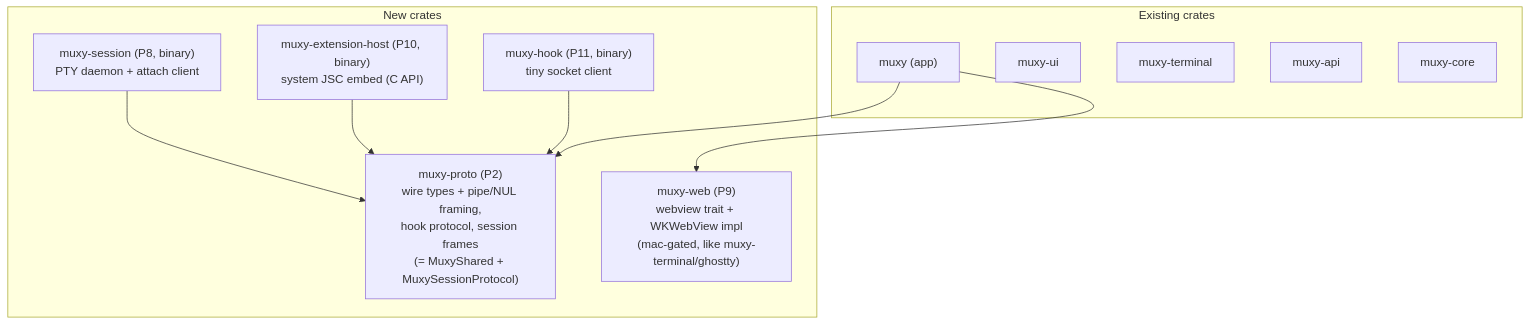
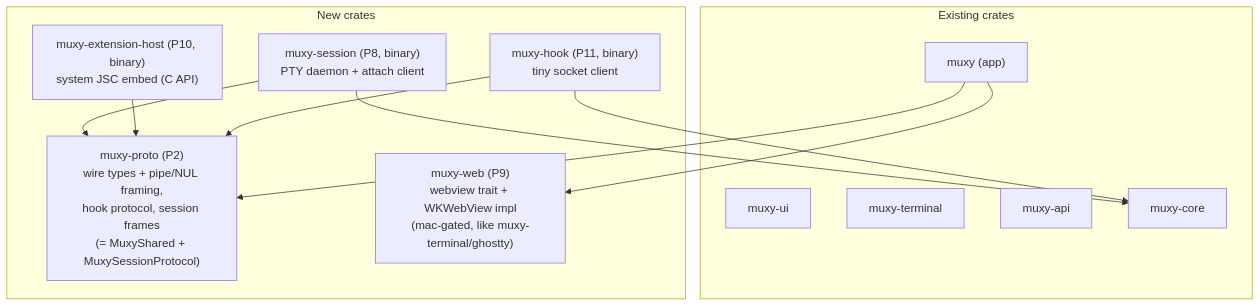
The third of 3 diagrams in PLAN.md (muxy-app/muxy), drawn with Mermaid before and after one commit. The commit also changed other lines of this file and 17 other files, not shown here.

````diff
--- a/PLAN.md
+++ b/PLAN.md
@@ -212,22 +212,24 @@
 ```mermaid
 flowchart TD
     subgraph existing["Existing crates"]
         muxy["muxy (app)"]
         ui["muxy-ui"]
         term["muxy-terminal"]
         api["muxy-api"]
         core["muxy-core"]
     end
     subgraph new["New crates"]
         proto["muxy-proto (P2)\nwire types + pipe/NUL framing,\nhook protocol, session frames\n(= MuxyShared + MuxySessionProtocol)"]
         session["muxy-session (P8, binary)\nPTY daemon + attach client"]
         exth["muxy-extension-host (P10, binary)\nsystem JSC embed (C API)"]
         hook["muxy-hook (P11, binary)\ntiny socket client"]
         web["muxy-web (P9)\nwebview trait + WKWebView impl\n(mac-gated, like muxy-terminal/ghostty)"]
     end
     muxy --> proto
     session --> proto
+    session --> core
     exth --> proto
     hook --> proto
+    hook --> core
     muxy --> web
 ```
````
